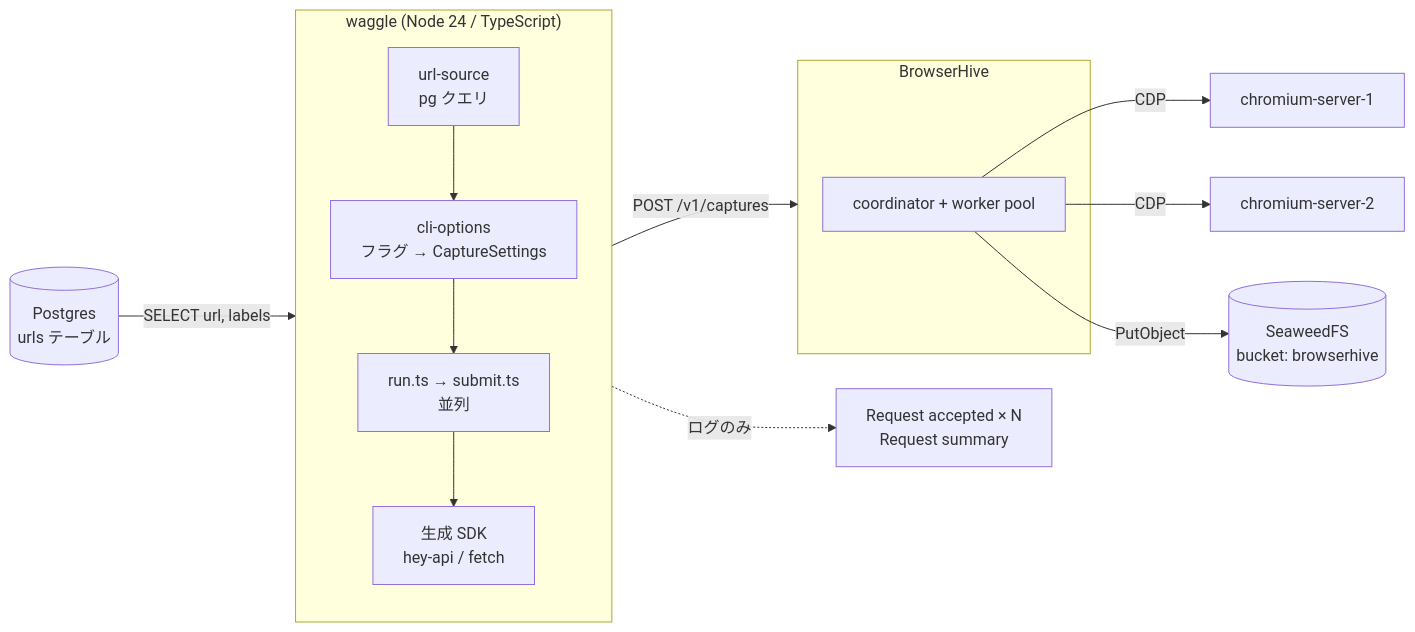
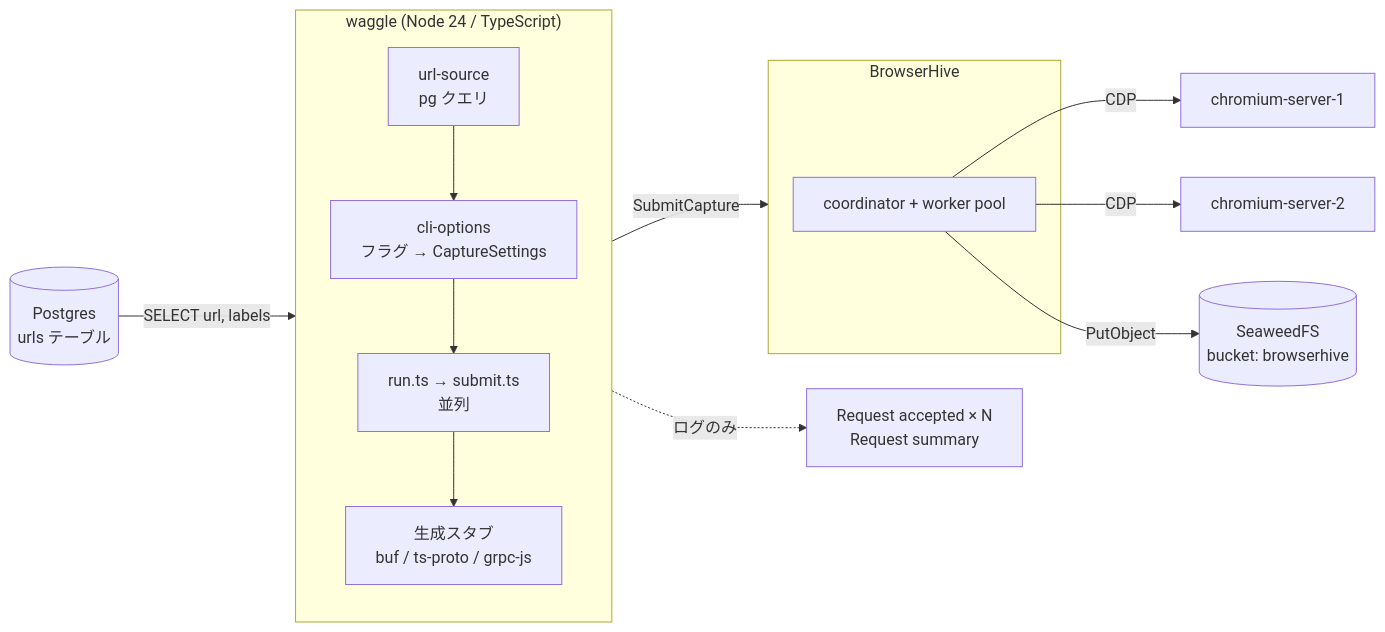
The diagram in docs-site/src/content/docs/ja/architecture.mdx (uraitakahito/waggle), drawn with Mermaid before and after one commit. The commit also changed other lines of this file and 19 other files, not shown here.

````diff
--- a/docs-site/src/content/docs/ja/architecture.mdx
+++ b/docs-site/src/content/docs/ja/architecture.mdx
@@ -8,18 +8,18 @@
 ```mermaid
 flowchart LR
   PG[("Postgres<br/>urls テーブル")] -->|SELECT url, labels| W
   subgraph W["waggle (Node 24 / TypeScript)"]
     direction TB
     US[url-source<br/>pg クエリ] --> CO[cli-options<br/>フラグ → CaptureSettings]
     CO --> RUN[run.ts → submit.ts<br/>並列]
-    RUN --> SDK[生成 SDK<br/>hey-api / fetch]
+    RUN --> SDK[生成スタブ<br/>buf / ts-proto / grpc-js]
   end
-  SDK -->|POST /v1/captures| BH
+  SDK -->|SubmitCapture| BH
   subgraph BH["BrowserHive"]
     COORD[coordinator + worker pool]
   end
   COORD -->|CDP| C1[chromium-server-1]
   COORD -->|CDP| C2[chromium-server-2]
   COORD -->|PutObject| S3[(SeaweedFS<br/>bucket: browserhive)]
   W -.->|ログのみ| OUT["Request accepted × N<br/>Request summary"]
 ```
````
